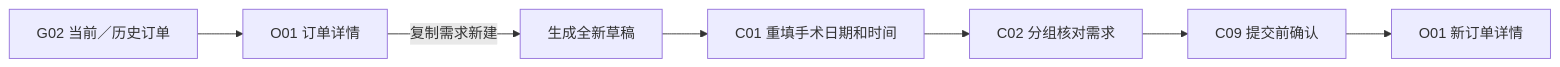
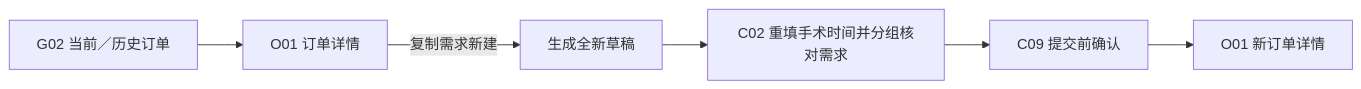
Before and after one commit to Jimokov/orthoflow-erp: the sixth of 19 diagrams in modules/APP-手术通知/03-设计池/02-手术通知APP页面流程-v0.5.md, drawn with Mermaid. The commit also changed other lines of this file and 13 other files, not shown here.

````diff
--- a/modules/APP-手术通知/03-设计池/02-手术通知APP页面流程-v0.5.md
+++ b/modules/APP-手术通知/03-设计池/02-手术通知APP页面流程-v0.5.md
@@ -200,9 +188,8 @@
 ```mermaid
 flowchart LR
     G02["G02 当前／历史订单"] --> O01A["O01 订单详情"]
     O01A -->|复制需求新建| DRAFT["生成全新草稿"]
-    DRAFT --> C01["C01 重填手术日期和时间"]
-    C01 --> C02["C02 分组核对需求"]
+    DRAFT --> C02["C02 重填手术时间并分组核对需求"]
     C02 --> C09["C09 提交前确认"]
     C09 --> O01B["O01 新订单详情"]
 ```
````
